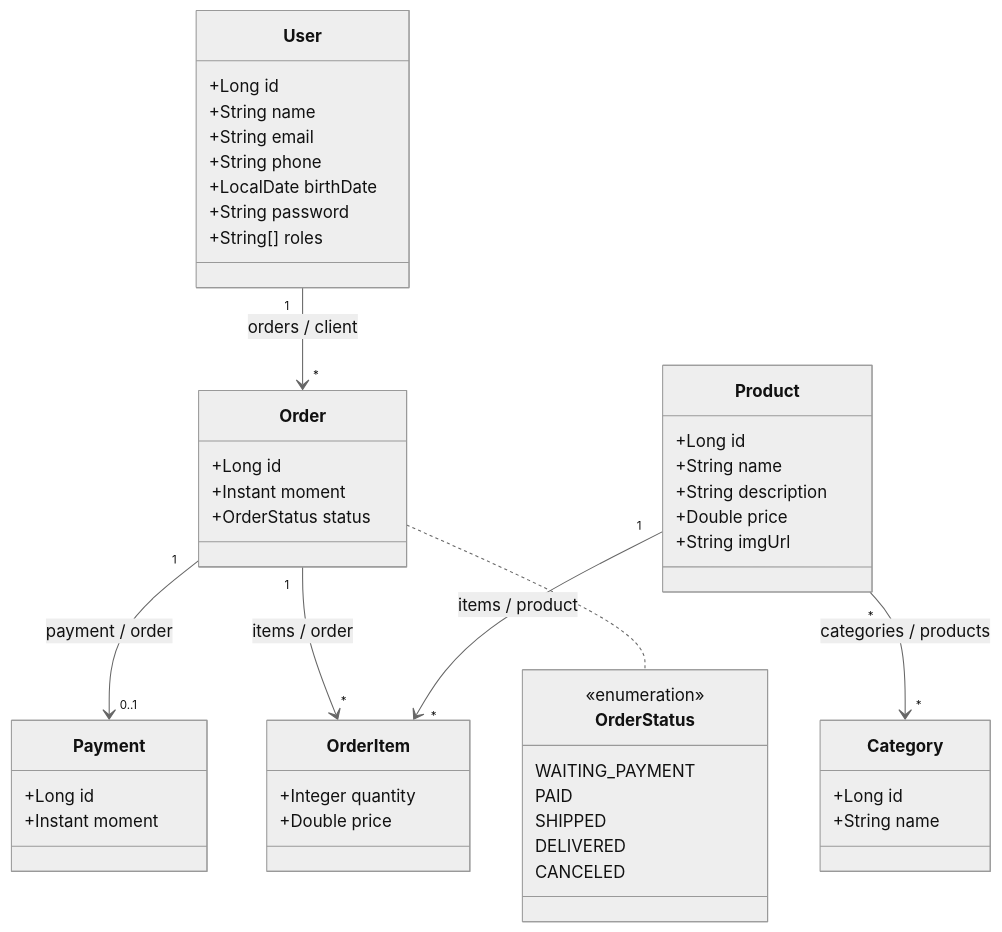
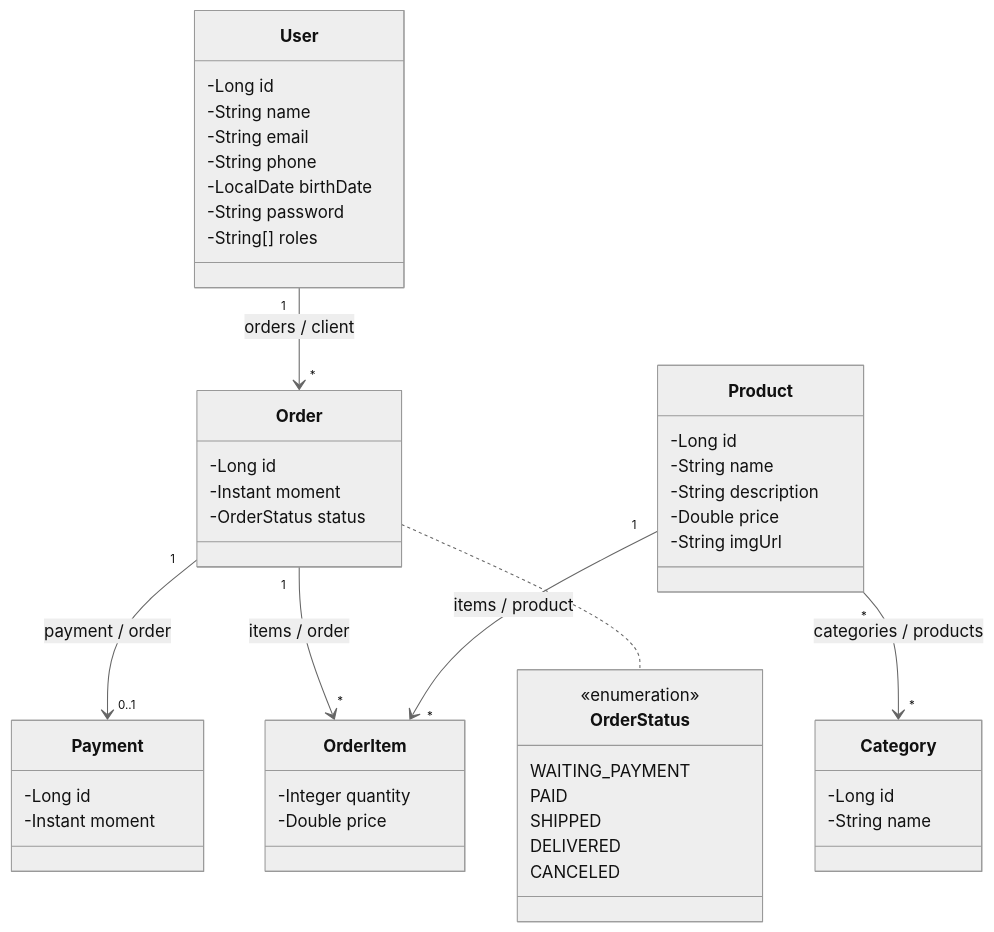
One commit to ivanfsilva/ds-commerce changed the second of 2 diagrams in README.md. Above: the diagram before and after it, drawn with Mermaid (neutral theme). The commit also changed other lines of this file, not shown here.

Commit message:
docs: ajusta visibilidade dos atributos no diagrama UML

````diff
--- a/README.md
+++ b/README.md
@@ -139,57 +139,57 @@
 ```mermaid
 classDiagram
     class User {
-        +Long id
-        +String name
-        +String email
-        +String phone
-        +LocalDate birthDate
-        +String password
-        +String[] roles
+        -Long id
+        -String name
+        -String email
+        -String phone
+        -LocalDate birthDate
+        -String password
+        -String[] roles
     }
 
     class Order {
-        +Long id
-        +Instant moment
-        +OrderStatus status
+        -Long id
+        -Instant moment
+        -OrderStatus status
     }
 
     class Payment {
-        +Long id
-        +Instant moment
+        -Long id
+        -Instant moment
     }
 
     class OrderItem {
-        +Integer quantity
-        +Double price
+        -Integer quantity
+        -Double price
     }
 
     class Product {
-        +Long id
-        +String name
-        +String description
-        +Double price
-        +String imgUrl
+        -Long id
+        -String name
+        -String description
+        -Double price
+        -String imgUrl
     }
 
     class Category {
-        +Long id
-        +String name
+        -Long id
+        -String name
     }
 
     class OrderStatus {
         <<enumeration>>
         WAITING_PAYMENT
         PAID
         SHIPPED
         DELIVERED
         CANCELED
     }
 
     User "1" --> "*" Order : orders / client
     Order "1" --> "0..1" Payment : payment / order
     Order "1" --> "*" OrderItem : items / order
     Product "1" --> "*" OrderItem : items / product
     Product "*" --> "*" Category : categories / products
     Order .. OrderStatus
 ```
````
